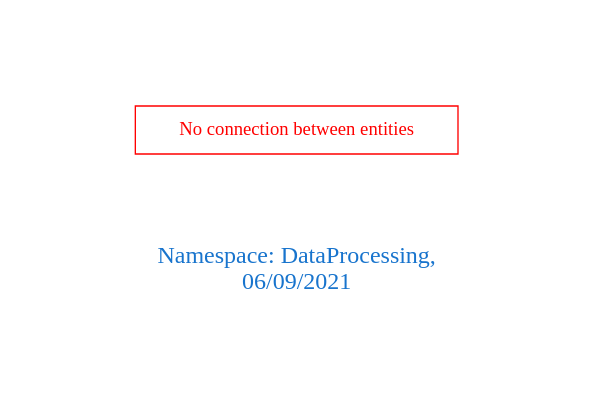
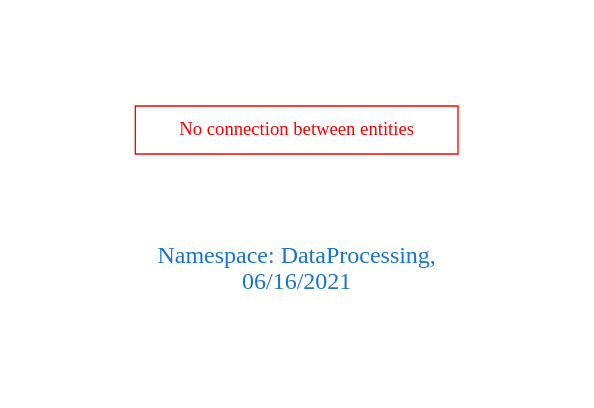
Before and after one commit to arago/OGIT: the diagram in downloads/DataProcessing.dot, drawn with Graphviz. The commit also changed 1884 other files, not shown here.

```diff
--- a/downloads/DataProcessing.dot
+++ b/downloads/DataProcessing.dot
@@ -1,9 +1,9 @@
 digraph OGIT_ontology {
  graph [ rankdir= LR,pad=1 
 fontsize = 18,
-fontcolor= dodgerblue3,label = "\n\n\nNamespace: DataProcessing, \n 06/09/2021"];
+fontcolor= dodgerblue3,label = "\n\n\nNamespace: DataProcessing, \n 06/16/2021"];
 node[shape=polygon];
 edge [  color="gray81"];
 
 "No connection between entities" [fontcolor = "red",color="red", shape="polygon"]
 }
```
